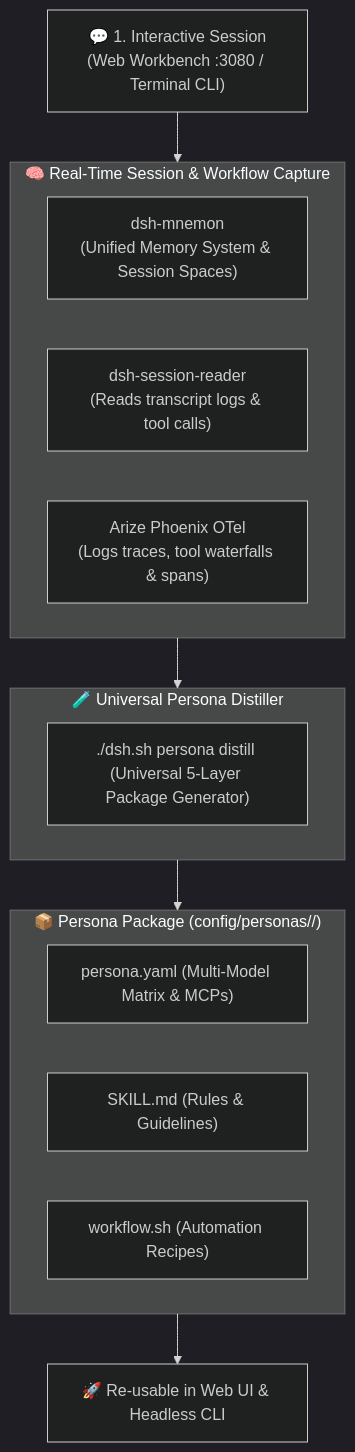
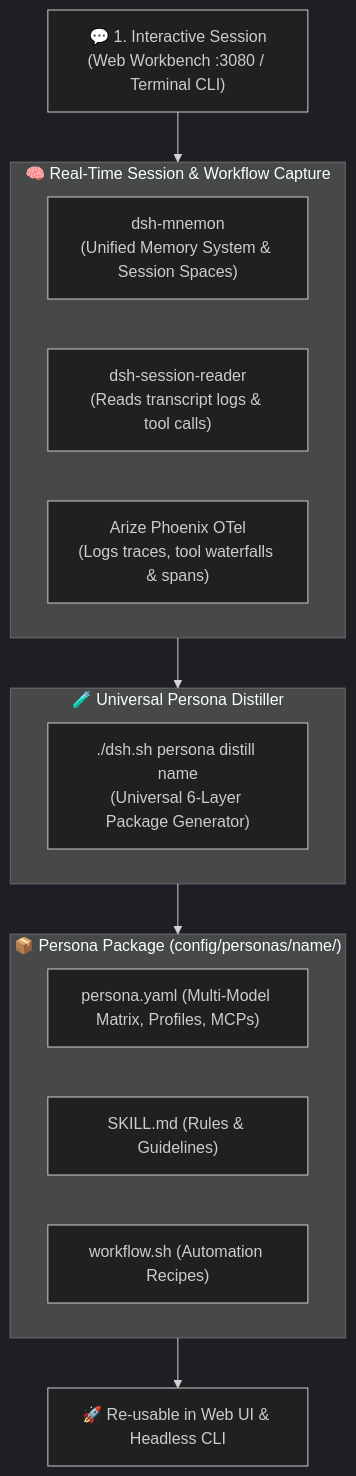
Before and after one commit to hdjebar/DSH-DDS: the fourth of 5 diagrams in docs/personas.md, drawn with Mermaid (dark theme). The commit also changed other lines of this file and 20 other files, not shown here.

Commit message:
fix(docs): fix sdmx-expert manifest, add normative persona schema, trust boundaries, rigorous citations, and unify 6-layer architecture

````diff
--- a/docs/personas.md
+++ b/docs/personas.md
@@ -250,25 +364,25 @@
 ```mermaid
 flowchart TD
-    SESSION["💬 1. Interactive Session\n(Web Workbench :3080 / Terminal CLI)"]
+    SESSION["💬 1. Interactive Session<br/>(Web Workbench :3080 / Terminal CLI)"]
     
     subgraph Recording_Pipeline ["🧠 Real-Time Session & Workflow Capture"]
-        MEM["dsh-mnemon\n(Unified Memory System & Session Spaces)"]
-        SREAD["dsh-session-reader\n(Reads transcript logs & tool calls)"]
-        OTEL["Arize Phoenix OTel\n(Logs traces, tool waterfalls & spans)"]
+        MEM["dsh-mnemon<br/>(Unified Memory System & Session Spaces)"]
+        SREAD["dsh-session-reader<br/>(Reads transcript logs & tool calls)"]
+        OTEL["Arize Phoenix OTel<br/>(Logs traces, tool waterfalls & spans)"]
     end
 
     subgraph Distiller_CLI ["🧪 Universal Persona Distiller"]
-        CLI["./dsh.sh persona distill <name>\n(Universal 5-Layer Package Generator)"]
+        CLI["./dsh.sh persona distill name<br/>(Universal 6-Layer Package Generator)"]
     end
 
-    subgraph Persona_Package ["📦 Persona Package (config/personas/<name>/)"]
-        YAML["persona.yaml (Multi-Model Matrix & MCPs)"]
+    subgraph Persona_Package ["📦 Persona Package (config/personas/name/)"]
+        YAML["persona.yaml (Multi-Model Matrix, Profiles, MCPs)"]
         SKILL["SKILL.md (Rules & Guidelines)"]
         WF["workflow.sh (Automation Recipes)"]
     end
 
     SESSION --> Recording_Pipeline
     Recording_Pipeline --> Distiller_CLI
     Distiller_CLI --> Persona_Package
     Persona_Package --> RUN["🚀 Re-usable in Web UI & Headless CLI"]
 ```
````
